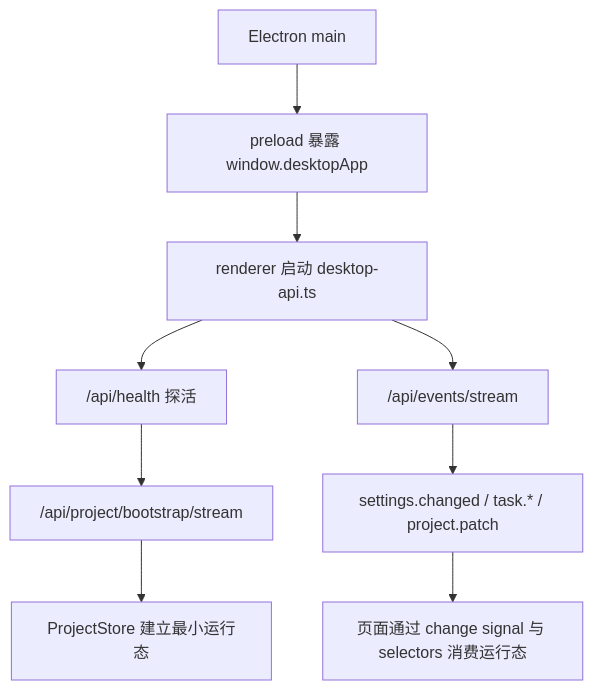
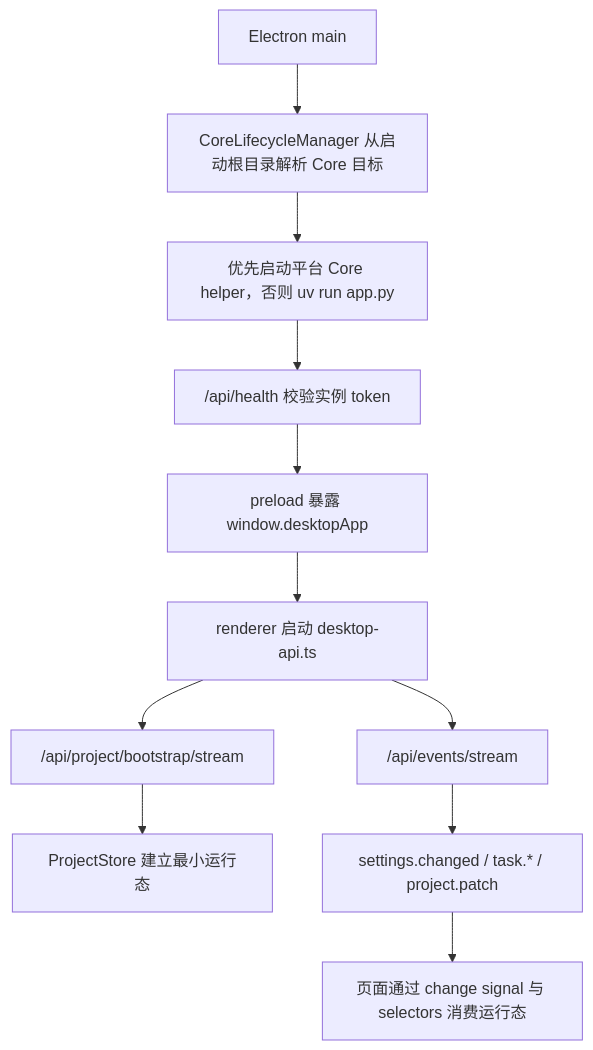
The second of 3 diagrams in docs/ARCHITECTURE.md (neavo/LinguaGacha), drawn with Mermaid before and after one commit. The commit also changed other lines of this file and 73 other files, not shown here.

````diff
--- a/docs/ARCHITECTURE.md
+++ b/docs/ARCHITECTURE.md
@@ -49,11 +49,13 @@
 ```mermaid
 flowchart TD
-    A["Electron main"] --> B["preload 暴露 window.desktopApp"]
-    B --> C["renderer 启动 desktop-api.ts"]
-    C --> D["/api/health 探活"]
-    D --> E["/api/project/bootstrap/stream"]
-    E --> F["ProjectStore 建立最小运行态"]
-    C --> G["/api/events/stream"]
-    G --> H["settings.changed / task.* / project.patch"]
-    H --> I["页面通过 change signal 与 selectors 消费运行态"]
+    A["Electron main"] --> B["CoreLifecycleManager 从启动根目录解析 Core 目标"]
+    B --> C["优先启动平台 Core helper，否则 uv run app.py"]
+    C --> D["/api/health 校验实例 token"]
+    D --> E["preload 暴露 window.desktopApp"]
+    E --> F["renderer 启动 desktop-api.ts"]
+    F --> G["/api/project/bootstrap/stream"]
+    G --> H["ProjectStore 建立最小运行态"]
+    F --> I["/api/events/stream"]
+    I --> J["settings.changed / task.* / project.patch"]
+    J --> K["页面通过 change signal 与 selectors 消费运行态"]
 ```
````
